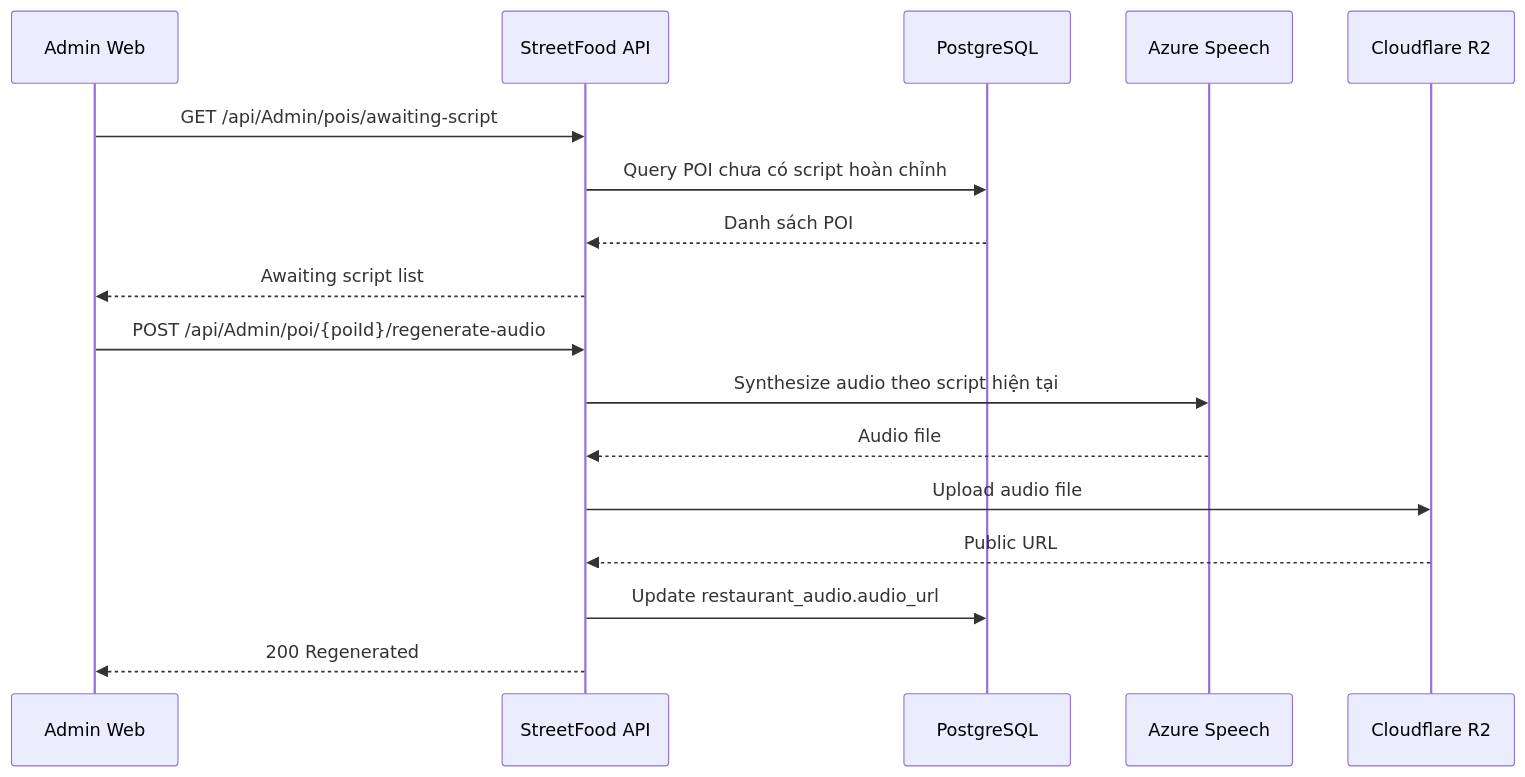
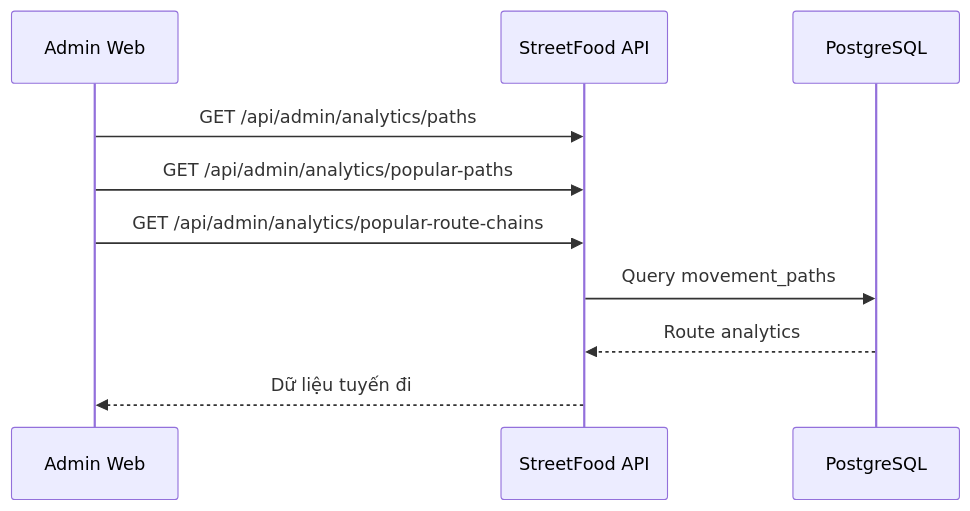
Before and after one commit to NguyenPhuc-Du/StreetFood: diagram 21 of 44 in prd.md, drawn with Mermaid. The commit also changed other lines of this file and 22 other files, not shown here.

````diff
--- a/prd.md
+++ b/prd.md
@@ -953,21 +948,13 @@
 ```mermaid
 sequenceDiagram
     participant A as Admin Web
     participant API as StreetFood API
     participant DB as PostgreSQL
-    participant TTS as Azure Speech
-    participant R2 as Cloudflare R2
 
-    A->>API: GET /api/Admin/pois/awaiting-script
-    API->>DB: Query POI chưa có script hoàn chỉnh
-    DB-->>API: Danh sách POI
-    API-->>A: Awaiting script list
-
-    A->>API: POST /api/Admin/poi/{poiId}/regenerate-audio
-    API->>TTS: Synthesize audio theo script hiện tại
-    TTS-->>API: Audio file
-    API->>R2: Upload audio file
-    R2-->>API: Public URL
-    API->>DB: Update restaurant_audio.audio_url
-    API-->>A: 200 Regenerated
+    A->>API: GET /api/admin/analytics/paths
+    A->>API: GET /api/admin/analytics/popular-paths
+    A->>API: GET /api/admin/analytics/popular-route-chains
+    API->>DB: Query movement_paths
+    DB-->>API: Route analytics
+    API-->>A: Dữ liệu tuyến đi
 ```
````
